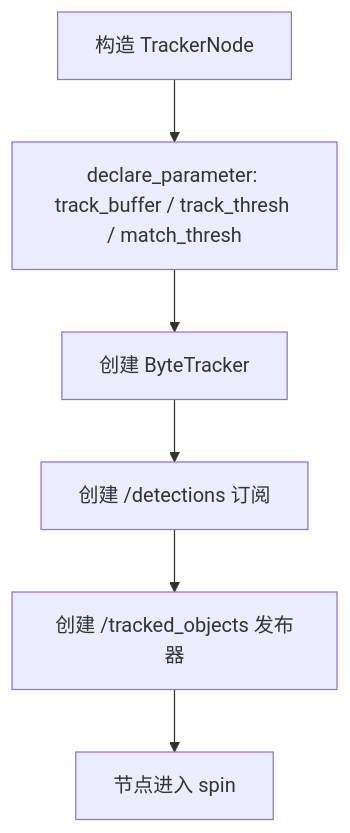
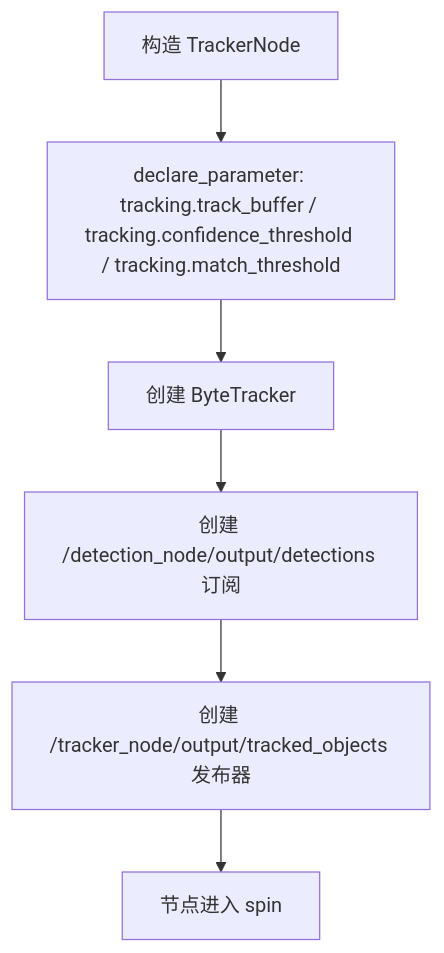
One commit to PT233/dog_dev changed the second of 4 diagrams in docs/tracker_node/tracker_node-code-guide.md. Above: the diagram before and after it, drawn with Mermaid. The commit also changed other lines of this file and 322 other files, not shown here.

````diff
--- a/docs/tracker_node/tracker_node-code-guide.md
+++ b/docs/tracker_node/tracker_node-code-guide.md
@@ -261,8 +261,8 @@
 ```mermaid
 flowchart TD
-    A[构造 TrackerNode] --> B[declare_parameter: track_buffer / track_thresh / match_thresh]
+    A[构造 TrackerNode] --> B[declare_parameter: tracking.track_buffer / tracking.confidence_threshold / tracking.match_threshold]
     B --> C[创建 ByteTracker]
-    C --> D[创建 /detections 订阅]
-    D --> E[创建 /tracked_objects 发布器]
+    C --> D[创建 /detection_node/output/detections 订阅]
+    D --> E[创建 /tracker_node/output/tracked_objects 发布器]
     E --> F[节点进入 spin]
 ```
````
